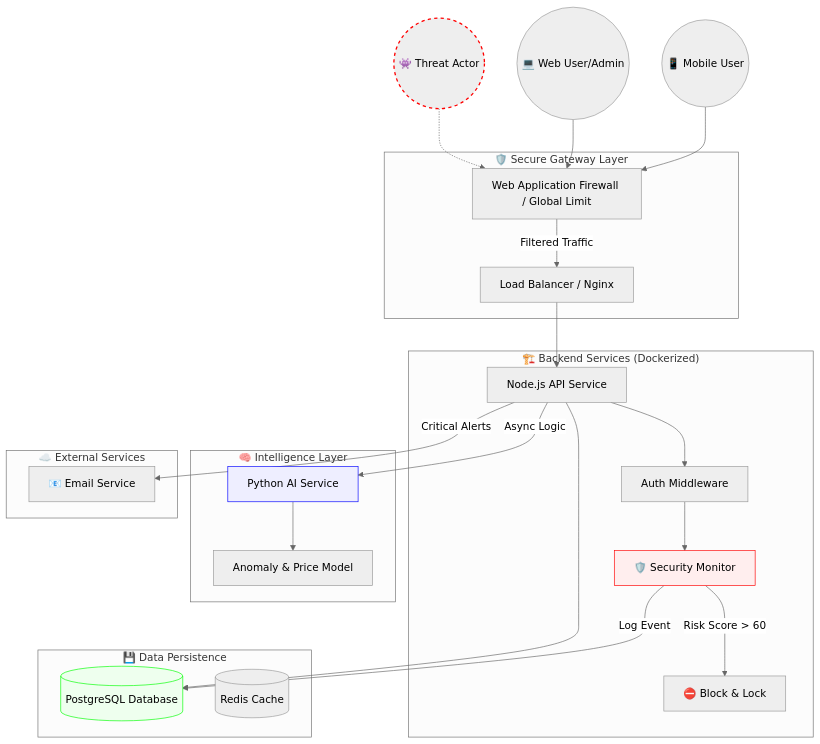
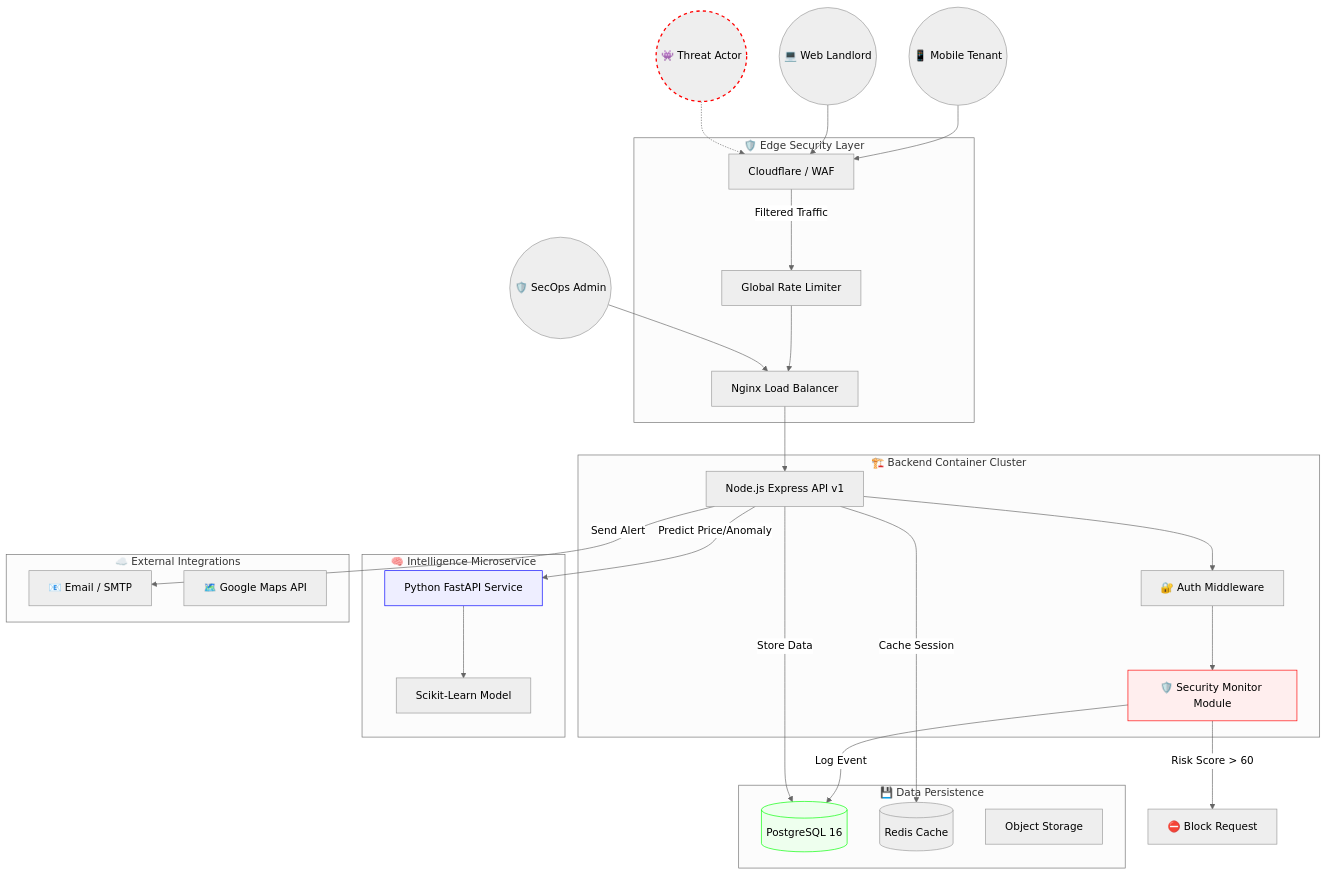
The first of 5 diagrams in README.md (izwanGit/uitm-devops-challenge_TeamOne), drawn with Mermaid (neutral theme) before and after one commit. The commit also changed other lines of this file, not shown here.

````diff
--- a/README.md
+++ b/README.md
@@ -21,60 +20,70 @@
 ```mermaid
 graph TD
-    %% Users
-    UserMobile((📱 Mobile User))
-    UserWeb((💻 Web User/Admin))
+    %% -- Actors --
+    UserMobile((📱 Mobile Tenant))
+    UserWeb((💻 Web Landlord))
+    Admin((🛡️ SecOps Admin))
     Attacker((👾 Threat Actor))
 
-    %% Edge / Gateway Layer
-    subgraph "🛡️ Secure Gateway Layer"
-        WAF[Web Application Firewall / Global Limit]
-        LB[Load Balancer / Nginx]
+    %% -- Edge Security Layer --
+    subgraph "🛡️ Edge Security Layer"
+        WAF[Cloudflare / WAF]
+        RateLimit[Global Rate Limiter]
+        LB[Nginx Load Balancer]
     end
 
-    %% Application Layer
-    subgraph "🏗️ Backend Services (Dockerized)"
-        API[Node.js API Service]
-        Auth[Auth Middleware]
-        Security[🛡️ Security Monitor]
+    %% -- Application Layer --
+    subgraph "🏗️ Backend Container Cluster"
+        API[Node.js Express API v1]
+        AuthMW[🔐 Auth Middleware]
+        SecMW[🛡️ Security Monitor Module]
         
-        API --> Auth
-        Auth --> Security
-        Security -- "Risk Score > 60" --> BlockAccess[⛔ Block & Lock]
+        %% Flow inside Backend
+        API --> AuthMW
+        AuthMW --> SecMW
     end
 
-    %% AI Layer
-    subgraph "🧠 Intelligence Layer"
-        AIService[Python AI Service]
-        Model[Anomaly & Price Model]
-        AIService --> Model
+    %% -- Intelligence Layer --
+    subgraph "🧠 Intelligence Microservice"
+        AIService[Python FastAPI Service]
+        MLModel[Scikit-Learn Model]
+        
+        AIService --> MLModel
     end
 
-    %% Data Layer
+    %% -- Data Persistence Layer --
     subgraph "💾 Data Persistence"
-        DB[(PostgreSQL Database)]
+        DB[(PostgreSQL 16)]
         Redis[(Redis Cache)]
+        S3[Object Storage]
     end
 
-    %% External Services
-    subgraph "☁️ External Services"
-        SendGrid[📧 Email Service]
+    %% -- External Services --
+    subgraph "☁️ External Integrations"
+        SendGrid[📧 Email / SMTP]
+        Maps[🗺️ Google Maps API]
     end
 
-    %% Flows
+    %% -- Connections --
     UserMobile --> WAF
     UserWeb --> WAF
     Attacker -.-> WAF
-    WAF -- "Filtered Traffic" --> LB
+    WAF --Filtered Traffic--> RateLimit
+    RateLimit --> LB
     LB --> API
+    Admin --> LB
+
+    %% Service Ops
+    SecMW --"Risk Score > 60"--> Utils[⛔ Block Request]
+    SecMW --"Log Event"--> DB
+    API --"Predict Price/Anomaly"--> AIService
+    API --"Store Data"--> DB
+    API --"Cache Session"--> Redis
+    API --"Send Alert"--> SendGrid
     
-    API --> DB
-    API -- "Async Logic" --> AIService
-    API -- "Critical Alerts" --> SendGrid
-    
-    Security -- "Log Event" --> DB
-    
+    %% Styles
     style Attacker stroke:#f00,stroke-width:2px,stroke-dasharray: 5 5
-    style Security fill:#fee,stroke:#f00
+    style SecMW fill:#fee,stroke:#f00
     style AIService fill:#eef,stroke:#00f
     style DB fill:#efe,stroke:#0f0
 ```
````
